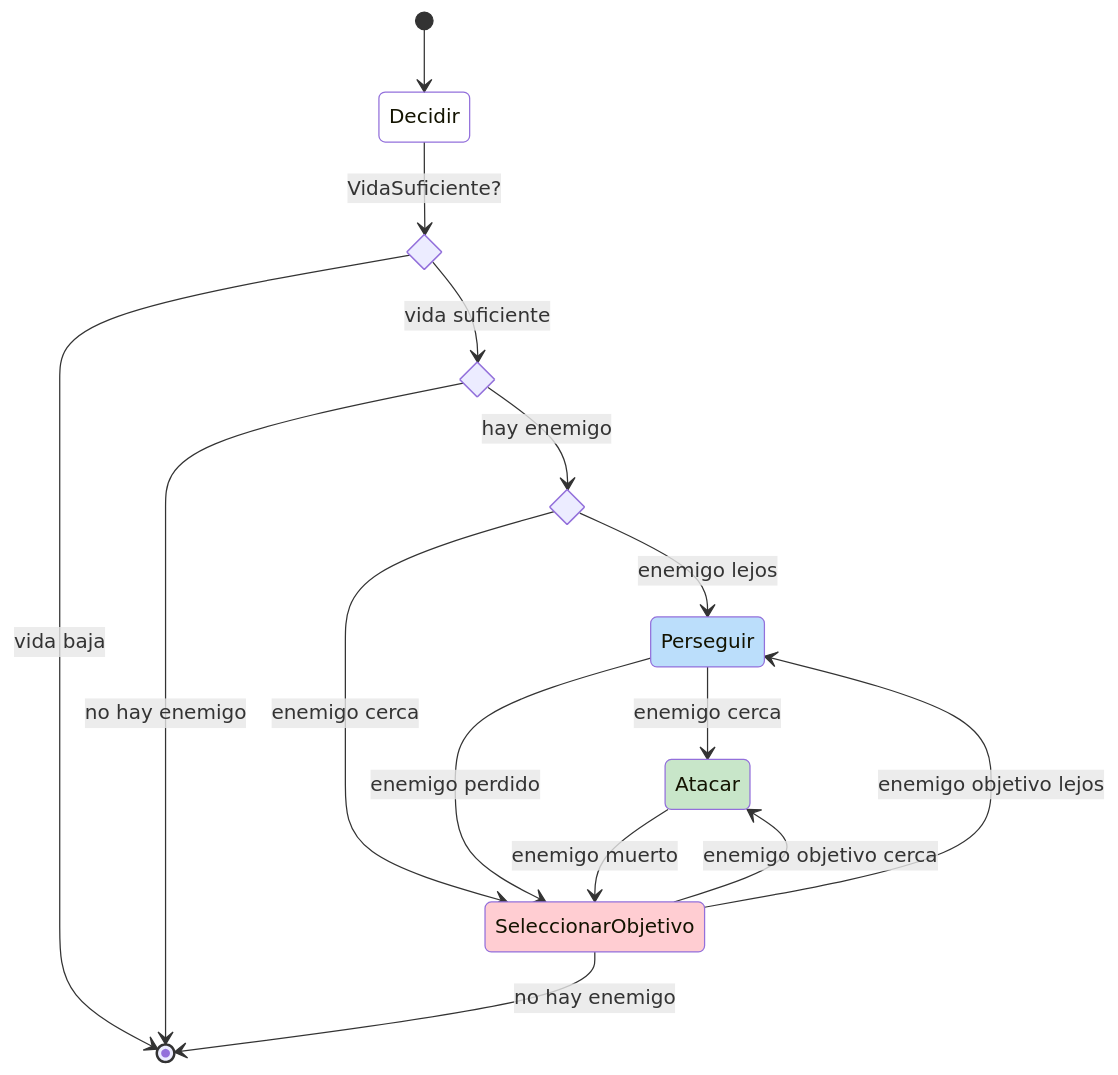
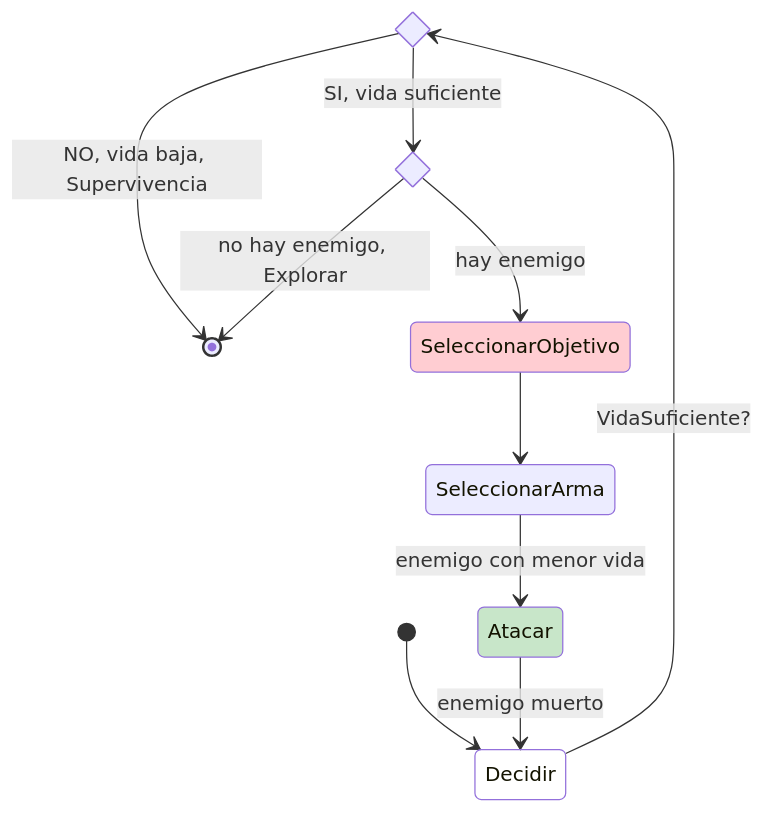
Before and after one commit to Kang-Hsi/hfsm-bt: the third of 5 diagrams in README.md, drawn with Mermaid. The commit also changed other lines of this file, not shown here.

````diff
--- a/README.md
+++ b/README.md
@@ -516,30 +509,27 @@
     ```mermaid
     ---
     config:
     theme: base
     look: neo
     ---
     stateDiagram
     direction TB
     state VidaSuficiente? <<choice>>
     state HayEnemigo? <<choice>>
-    state EnemigoCerca? <<choice>>
+
     [*] --> Decidir
     Decidir --> VidaSuficiente?:VidaSuficiente?
-    VidaSuficiente? --> [*]:vida baja
-    VidaSuficiente? --> HayEnemigo?:vida suficiente
-    HayEnemigo? --> [*]:no hay enemigo
-    HayEnemigo? --> EnemigoCerca?:hay enemigo
-    EnemigoCerca? --> Perseguir:enemigo lejos
-    EnemigoCerca? --> SeleccionarObjetivo:enemigo cerca
-    SeleccionarObjetivo --> Atacar:enemigo objetivo cerca
-    SeleccionarObjetivo --> Perseguir:enemigo objetivo lejos
-    SeleccionarObjetivo --> [*]:no hay enemigo
-    Perseguir --> Atacar:enemigo cerca
-    Perseguir --> SeleccionarObjetivo:enemigo perdido
-    Atacar --> SeleccionarObjetivo:enemigo muerto
+    VidaSuficiente? --> [*]:NO, vida baja, Supervivencia
+    VidaSuficiente? --> HayEnemigo?:SI, vida suficiente
+    HayEnemigo? --> [*]:no hay enemigo, Explorar
+    HayEnemigo? --> SeleccionarObjetivo:hay enemigo
+
+    SeleccionarObjetivo --> SeleccionarArma
+    SeleccionarArma --> Atacar:enemigo con menor vida
+    Atacar --> Decidir:enemigo muerto
+
     style Decidir fill:transparent
     style Perseguir fill:#BBDEFB
     style SeleccionarObjetivo fill:#FFCDD2
     style Atacar fill:#C8E6C9
     ```
````
